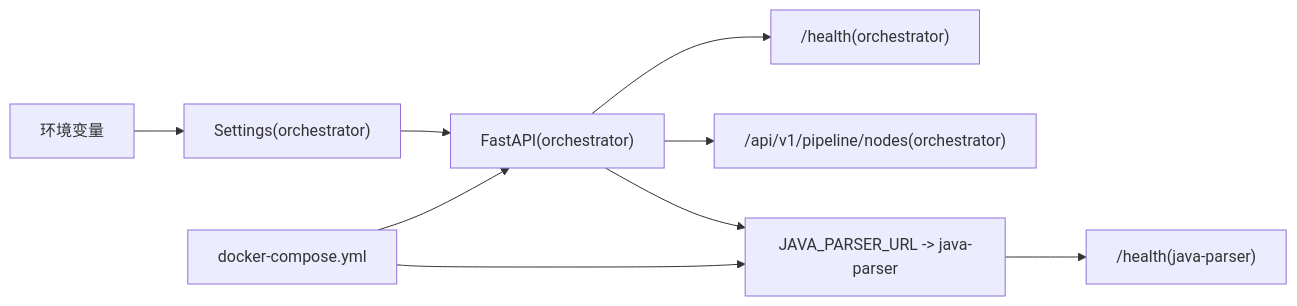
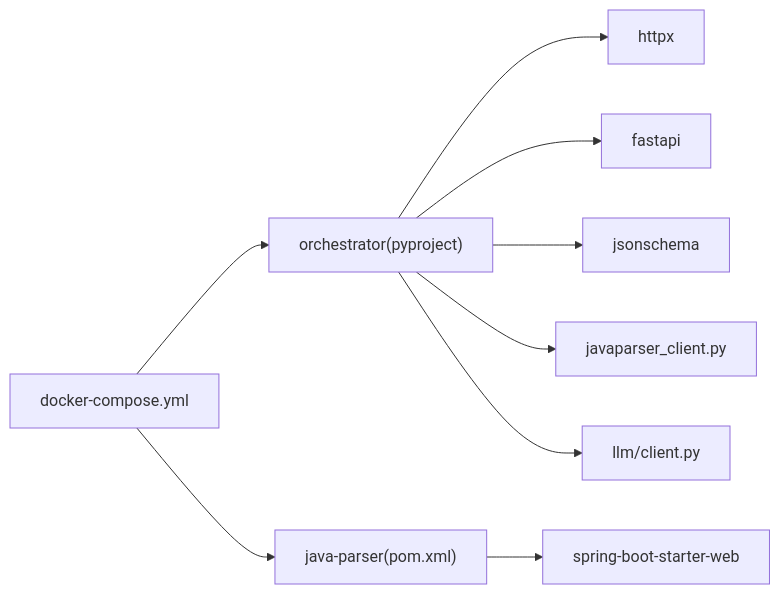
Before and after one commit to Joeyzheng001/LLM-AutoTest: the fifth of 5 diagrams in .qoder/repowiki/zh/content/故障排查.md, drawn with Mermaid. The commit also changed other lines of this file and 186 other files, not shown here.

````diff
--- a/.qoder/repowiki/zh/content/故障排查.md
+++ b/.qoder/repowiki/zh/content/故障排查.md
@@ -166,11 +223,11 @@
 ```mermaid
 graph LR
-Env["环境变量"] --> S["Settings(orchestrator)"]
-S --> App["FastAPI(orchestrator)"]
-App --> HP["/health(orchestrator)"]
-App --> PN["/api/v1/pipeline/nodes(orchestrator)"]
-App --> JP["JAVA_PARSER_URL -> java-parser"]
-JP --> JHP["/health(java-parser)"]
-Compose["docker-compose.yml"] --> App
-Compose --> JP
+ORCH["orchestrator(pyproject)"] --> HTTPX["httpx"]
+ORCH --> FASTAPI["fastapi"]
+ORCH --> JSONSCHEMA["jsonschema"]
+ORCH --> JP_CLIENT["javaparser_client.py"]
+ORCH --> LLM_CLIENT["llm/client.py"]
+JP["java-parser(pom.xml)"] --> SPRING["spring-boot-starter-web"]
+COMPOSE["docker-compose.yml"] --> ORCH
+COMPOSE --> JP
 ```
````
